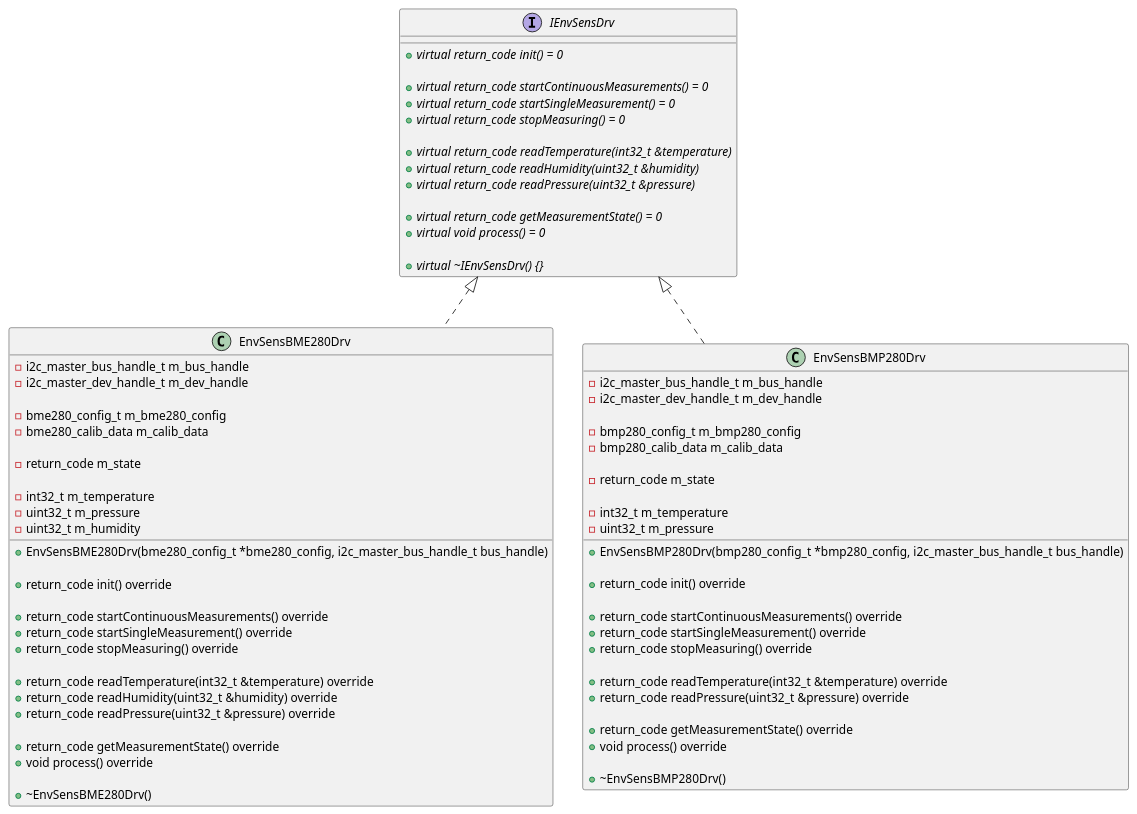
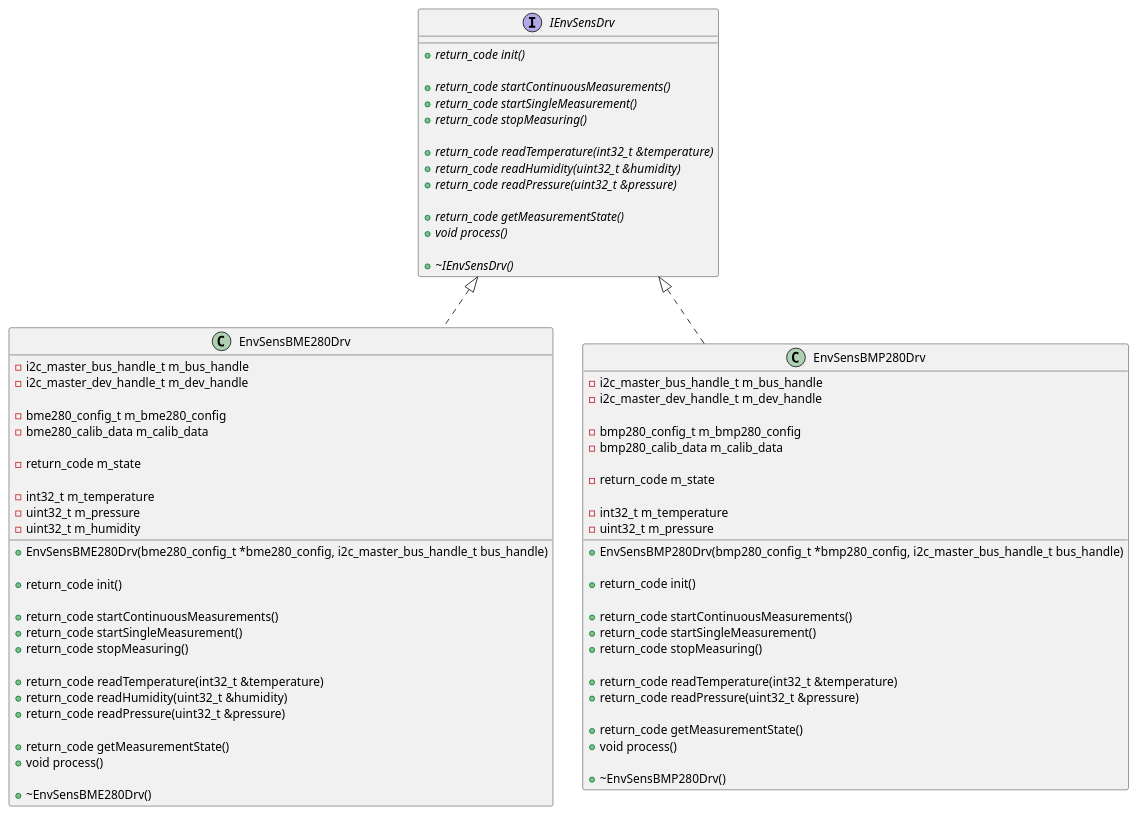
One commit to adrianhopa2/embeddedGL2024 changed the diagram in iot_espdif/doc/class_diagram.puml. Above: the diagram before and after it, drawn with PlantUML. The commit also changed 1 other file, not shown here.

Commit message:
remove "override" and add {abstract}

```diff
--- a/iot_espdif/doc/class_diagram.puml
+++ b/iot_espdif/doc/class_diagram.puml
@@ -1,83 +1,83 @@
 @startuml diagram
 
 interface IEnvSensDrv
 {
-    +{abstract}virtual return_code init() = 0
+    + {abstract} return_code init()
 
-    +{abstract}virtual return_code startContinuousMeasurements() = 0
-    +{abstract}virtual return_code startSingleMeasurement() = 0
-    +{abstract}virtual return_code stopMeasuring() = 0
+    + {abstract} return_code startContinuousMeasurements()
+    + {abstract} return_code startSingleMeasurement()
+    + {abstract} return_code stopMeasuring()
 
-    +{abstract}virtual return_code readTemperature(int32_t &temperature)
-    +{abstract}virtual return_code readHumidity(uint32_t &humidity)
-    +{abstract}virtual return_code readPressure(uint32_t &pressure)
+    + {abstract} return_code readTemperature(int32_t &temperature)
+    + {abstract} return_code readHumidity(uint32_t &humidity)
+    + {abstract} return_code readPressure(uint32_t &pressure)
 
-    +{abstract}virtual return_code getMeasurementState() = 0
-    +{abstract}virtual void process() = 0
+    + {abstract} return_code getMeasurementState()
+    + {abstract} void process()
 
-    +{abstract}virtual ~IEnvSensDrv() {}
+    + {abstract} ~IEnvSensDrv()
 }
 
 class EnvSensBME280Drv implements IEnvSensDrv
 {
     -i2c_master_bus_handle_t m_bus_handle
     -i2c_master_dev_handle_t m_dev_handle
 
     -bme280_config_t m_bme280_config
     -bme280_calib_data m_calib_data
 
     -return_code m_state
 
     -int32_t m_temperature
     -uint32_t m_pressure
     -uint32_t m_humidity
 
     +EnvSensBME280Drv(bme280_config_t *bme280_config, i2c_master_bus_handle_t bus_handle)
 
-    +return_code init() override
+    +return_code init()
 
-    +return_code startContinuousMeasurements() override
-    +return_code startSingleMeasurement() override
-    +return_code stopMeasuring() override
+    +return_code startContinuousMeasurements()
+    +return_code startSingleMeasurement()
+    +return_code stopMeasuring()
 
-    +return_code readTemperature(int32_t &temperature) override
-    +return_code readHumidity(uint32_t &humidity) override
-    +return_code readPressure(uint32_t &pressure) override
+    +return_code readTemperature(int32_t &temperature)
+    +return_code readHumidity(uint32_t &humidity)
+    +return_code readPressure(uint32_t &pressure)
 
-    +return_code getMeasurementState() override
-    +void process() override
+    +return_code getMeasurementState()
+    +void process()
 
     +~EnvSensBME280Drv()
 }
 
 class EnvSensBMP280Drv implements IEnvSensDrv
 {
     -i2c_master_bus_handle_t m_bus_handle
     -i2c_master_dev_handle_t m_dev_handle
 
     -bmp280_config_t m_bmp280_config
     -bmp280_calib_data m_calib_data
 
     -return_code m_state
 
     -int32_t m_temperature
     -uint32_t m_pressure
 
     +EnvSensBMP280Drv(bmp280_config_t *bmp280_config, i2c_master_bus_handle_t bus_handle)
 
-    +return_code init() override
+    +return_code init()
 
-    +return_code startContinuousMeasurements() override
-    +return_code startSingleMeasurement() override
-    +return_code stopMeasuring() override
+    +return_code startContinuousMeasurements()
+    +return_code startSingleMeasurement()
+    +return_code stopMeasuring()
 
-    +return_code readTemperature(int32_t &temperature) override
-    +return_code readPressure(uint32_t &pressure) override
-    
-    +return_code getMeasurementState() override
-    +void process() override
+    +return_code readTemperature(int32_t &temperature)
+    +return_code readPressure(uint32_t &pressure)
+
+    +return_code getMeasurementState()
+    +void process()
 
     +~EnvSensBMP280Drv()
 }
 
 @enduml
```
